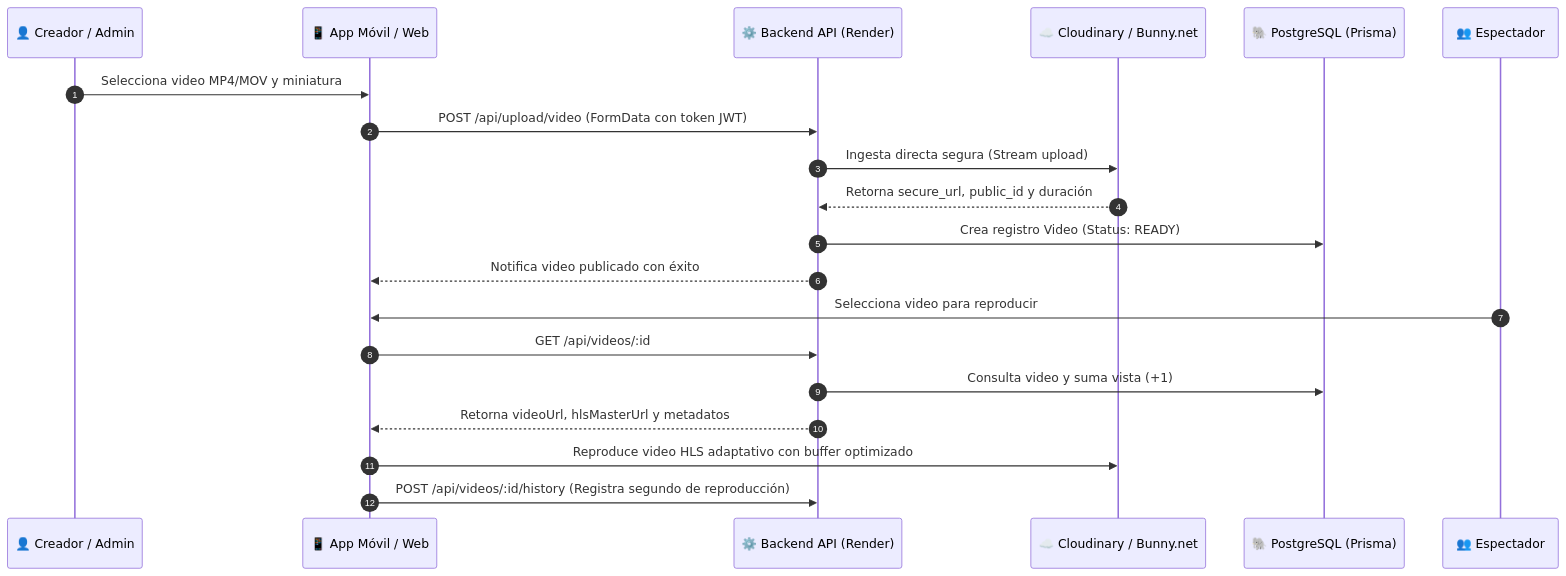
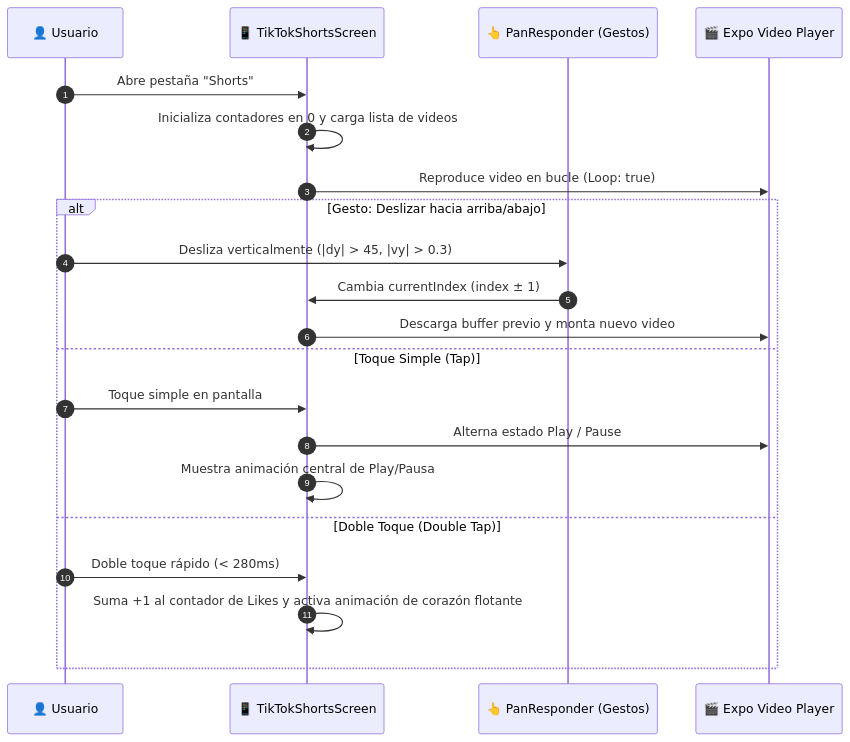
The second of 4 diagrams in docs/01_MANUAL_TECNICO_Y_ARQUITECTURA.md (edimartinezpos2-beep/TexxxNopor), drawn with Mermaid before and after one commit. The commit also changed other lines of this file and 35 other files, not shown here.

````diff
--- a/docs/01_MANUAL_TECNICO_Y_ARQUITECTURA.md
+++ b/docs/01_MANUAL_TECNICO_Y_ARQUITECTURA.md
@@ -71,24 +91,25 @@
 ```mermaid
 sequenceDiagram
     autonumber
-    participant Creador as 👤 Creador / Admin
-    participant App as 📱 App Móvil / Web
-    participant Backend as ⚙️ Backend API (Render)
-    participant Cloudinary as ☁️ Cloudinary / Bunny.net
-    participant DB as 🐘 PostgreSQL (Prisma)
-    participant Espectador as 👥 Espectador
+    participant Usuario as 👤 Usuario
+    participant Pantalla as 📱 TikTokShortsScreen
+    participant Gesture as 👆 PanResponder (Gestos)
+    participant Video as 🎬 Expo Video Player
 
-    Creador->>App: Selecciona video MP4/MOV y miniatura
-    App->>Backend: POST /api/upload/video (FormData con token JWT)
-    Backend->>Cloudinary: Ingesta directa segura (Stream upload)
-    Cloudinary-->>Backend: Retorna secure_url, public_id y duración
-    Backend->>DB: Crea registro Video (Status: READY)
-    Backend-->>App: Notifica video publicado con éxito
+    Usuario->>Pantalla: Abre pestaña "Shorts"
+    Pantalla->>Pantalla: Inicializa contadores en 0 y carga lista de videos
+    Pantalla->>Video: Reproduce video en bucle (Loop: true)
 
-    Espectador->>App: Selecciona video para reproducir
-    App->>Backend: GET /api/videos/:id
-    Backend->>DB: Consulta video y suma vista (+1)
-    Backend-->>App: Retorna videoUrl, hlsMasterUrl y metadatos
-    App->>Cloudinary: Reproduce video HLS adaptativo con buffer optimizado
-    App->>Backend: POST /api/videos/:id/history (Registra segundo de reproducción)
+    alt Gesto: Deslizar hacia arriba/abajo
+        Usuario->>Gesture: Desliza verticalmente (|dy| > 45, |vy| > 0.3)
+        Gesture->>Pantalla: Cambia currentIndex (index ± 1)
+        Pantalla->>Video: Descarga buffer previo y monta nuevo video
+    else Toque Simple (Tap)
+        Usuario->>Pantalla: Toque simple en pantalla
+        Pantalla->>Video: Alterna estado Play / Pause
+        Pantalla->>Pantalla: Muestra animación central de Play/Pausa
+    else Doble Toque (Double Tap)
+        Usuario->>Pantalla: Doble toque rápido (< 280ms)
+        Pantalla->>Pantalla: Suma +1 al contador de Likes y activa animación de corazón flotante
+    end
 ```
````
